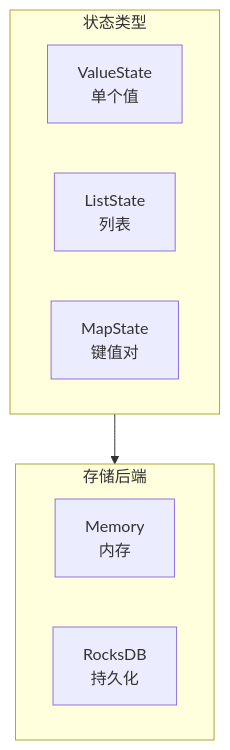
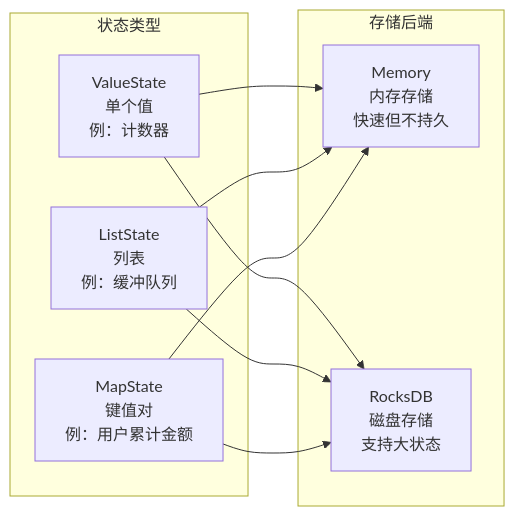
Before and after one commit to 312268112/advanced-java: the ninth of 16 diagrams in pipeline-framework-design.md, drawn with Mermaid. The commit also changed other lines of this file, not shown here.

````diff
--- a/pipeline-framework-design.md
+++ b/pipeline-framework-design.md
@@ -321,15 +767,20 @@
 ```mermaid
-graph TB
-    subgraph StateTypes["状态类型"]
-        ValueState["ValueState<br/>单个值"]
-        ListState["ListState<br/>列表"]
-        MapState["MapState<br/>键值对"]
+graph LR
+    subgraph "状态类型"
+        ValueState["ValueState<br/>单个值<br/>例：计数器"]
+        ListState["ListState<br/>列表<br/>例：缓冲队列"]
+        MapState["MapState<br/>键值对<br/>例：用户累计金额"]
     end
     
-    subgraph Backend["存储后端"]
-        Memory["Memory<br/>内存"]
-        RocksDB["RocksDB<br/>持久化"]
+    subgraph "存储后端"
+        Memory["Memory<br/>内存存储<br/>快速但不持久"]
+        RocksDB["RocksDB<br/>磁盘存储<br/>支持大状态"]
     end
     
-    StateTypes --> Backend
+    ValueState --> Memory
+    ValueState --> RocksDB
+    ListState --> Memory
+    ListState --> RocksDB
+    MapState --> Memory
+    MapState --> RocksDB
 ```
````
